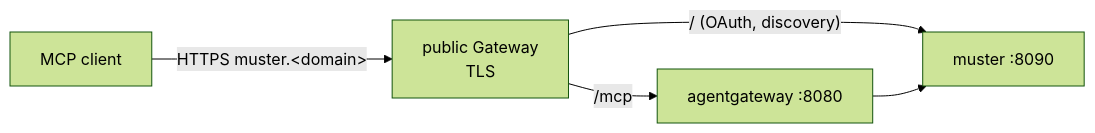
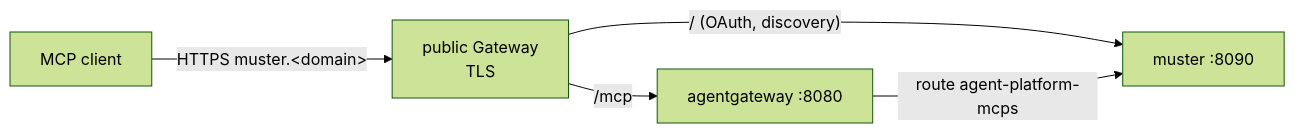
One commit to giantswarm/agent-platform changed the diagram in docs/authentication.md. Above: the diagram before and after it, drawn with Mermaid (forest theme). The commit also changed other lines of this file and 5 other files, not shown here.

````diff
--- a/docs/authentication.md
+++ b/docs/authentication.md
@@ -15,7 +12,7 @@
 ```mermaid
 flowchart LR
     client["MCP client"] -->|"HTTPS muster.&lt;domain&gt;"| gw["public Gateway<br/>TLS"]
     gw -->|"/mcp"| agw["agentgateway :8080"]
     gw -->|"/ (OAuth, discovery)"| muster["muster :8090"]
-    agw --> muster
+    agw -->|"route agent-platform-mcps"| muster
 ```
````
